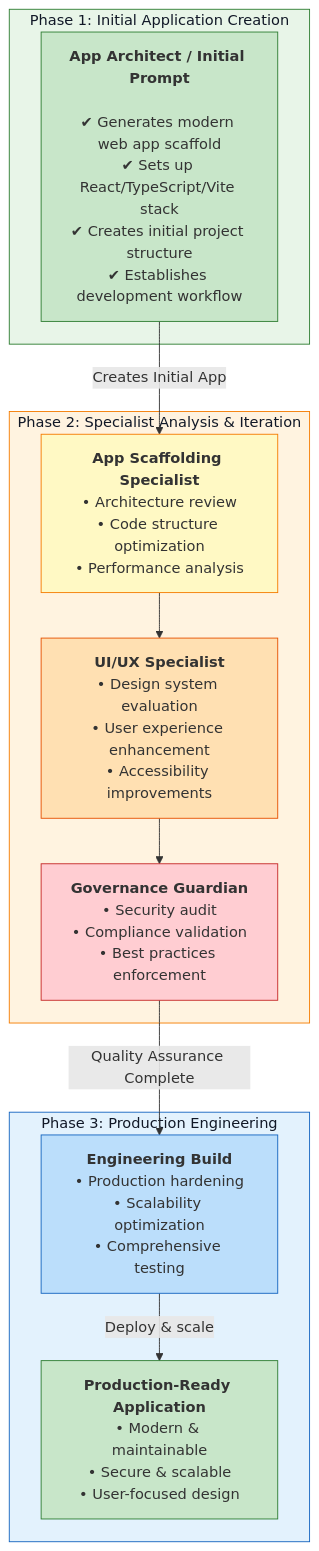
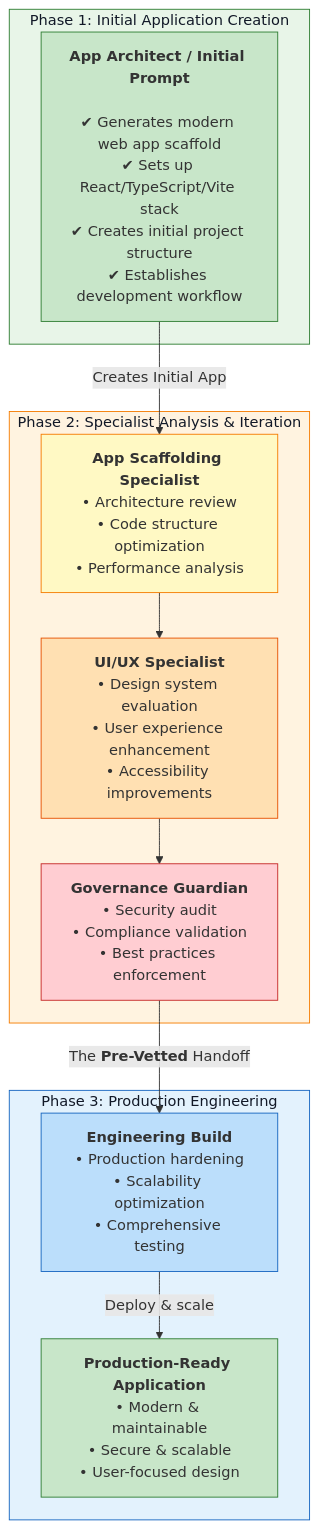
One commit to richfrem/quantum-diamond changed the second of 3 diagrams in README.md. Above: the diagram before and after it, drawn with Mermaid. The commit also changed other lines of this file and 6 other files, not shown here.

````diff
--- a/README.md
+++ b/README.md
@@ -67,40 +67,40 @@
 ```mermaid
 graph TD
     %% Phase 1: Initial Application Creation
     subgraph Phase1 ["Phase 1: Initial Application Creation"]
         style Phase1 fill:#e8f5e8,stroke:#2e7d32,color:#111827
         Architect["<strong>App Architect / Initial Prompt</strong><br/><br/>✔ Generates modern web app scaffold<br/>✔ Sets up React/TypeScript/Vite stack<br/>✔ Creates initial project structure<br/>✔ Establishes development workflow"]
     end
 
     %% Phase 2: Specialist Analysis & Iteration
     subgraph Phase2 ["Phase 2: Specialist Analysis & Iteration"]
         style Phase2 fill:#fff3e0,stroke:#f57c00,color:#111827
         Scaffold["<strong>App Scaffolding Specialist</strong><br/>• Architecture review<br/>• Code structure optimization<br/>• Performance analysis"]
         
         UIUX["<strong>UI/UX Specialist</strong><br/>• Design system evaluation<br/>• User experience enhancement<br/>• Accessibility improvements"]
         
         Governance["<strong>Governance Guardian</strong><br/>• Security audit<br/>• Compliance validation<br/>• Best practices enforcement"]
         
         Scaffold --> UIUX --> Governance;
     end
 
     %% Phase 3: Production Engineering
     subgraph Phase3 ["Phase 3: Production Engineering"]
         style Phase3 fill:#e3f2fd,stroke:#1565c0,color:#111827
         Engineering["<strong>Engineering Build</strong><br/>• Production hardening<br/>• Scalability optimization<br/>• Comprehensive testing"];
         Production["<strong>Production-Ready Application</strong><br/>• Modern & maintainable<br/>• Secure & scalable<br/>• User-focused design"];
         Engineering -- "Deploy & scale" --> Production;
     end
 
     %% --- Connections Between Phases ---
     Architect -- "Creates Initial App" --> Scaffold;
-    Governance -- "Quality Assurance Complete" --> Engineering;
+    Governance -- "The <strong>Pre-Vetted</strong> Handoff" --> Engineering;
 
     %% --- Node Styles ---
     style Architect fill:#c8e6c9,stroke:#2e7d32
     style Scaffold fill:#fff9c4,stroke:#f57c00
     style UIUX fill:#ffe0b2,stroke:#e65100
     style Governance fill:#ffcdd2,stroke:#c62828
     style Engineering fill:#bbdefb,stroke:#1565c0
     style Production fill:#c8e6c9,stroke:#2e7d32
 ```
````
